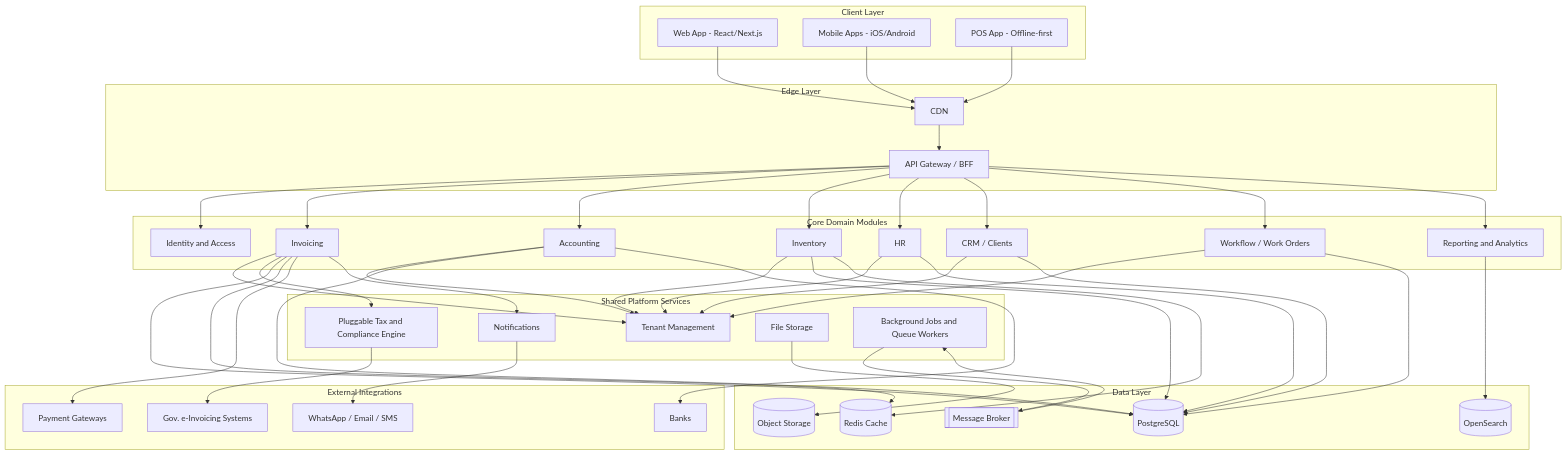
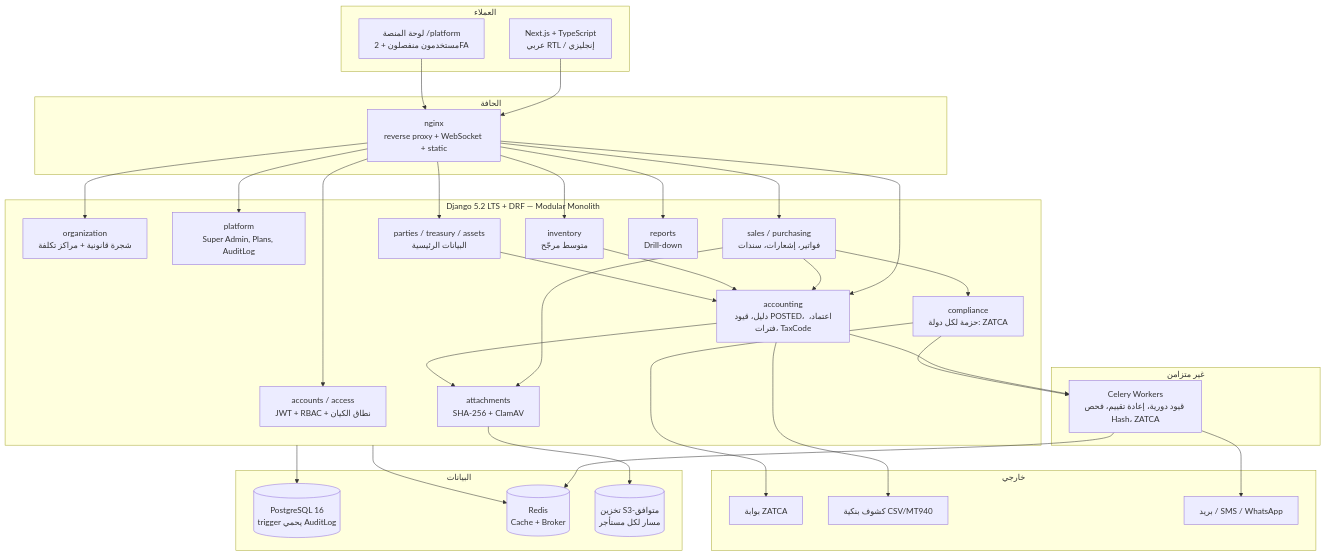
Before and after one commit to mateia924/CPS: the first of 2 diagrams in docs/CPS_Technical_Architecture_Study.md, drawn with Mermaid. The commit also changed other lines of this file, not shown here.

Commit message:
docs: architecture study v2.0

````diff
--- a/docs/CPS_Technical_Architecture_Study.md
+++ b/docs/CPS_Technical_Architecture_Study.md
@@ -139,84 +141,66 @@
 ```mermaid
 flowchart TB
-    subgraph Clients[Client Layer]
-        WEB[Web App - React/Next.js]
-        MOB[Mobile Apps - iOS/Android]
-        POS[POS App - Offline-first]
+    subgraph Clients[العملاء]
+        WEB[Next.js + TypeScript<br/>عربي RTL / إنجليزي]
+        ADMIN[لوحة المنصة /platform<br/>مستخدمون منفصلون + 2FA]
     end
 
-    subgraph Edge[Edge Layer]
-        CDN[CDN]
-        GW[API Gateway / BFF]
+    subgraph Edge[الحافة]
+        NGINX[nginx<br/>reverse proxy + WebSocket + static]
     end
 
-    subgraph Core[Core Domain Modules]
-        AUTH[Identity and Access]
-        INV[Invoicing]
-        ACC[Accounting]
-        STK[Inventory]
-        HR[HR]
-        CRM[CRM / Clients]
-        WF[Workflow / Work Orders]
-        RPT[Reporting and Analytics]
+    subgraph App[Django 5.2 LTS + DRF — Modular Monolith]
+        AUTH[accounts / access<br/>JWT + RBAC + نطاق الكيان]
+        ORG[organization<br/>شجرة قانونية + مراكز تكلفة]
+        PLAT[platform<br/>Super Admin, Plans, AuditLog]
+        MD[parties / treasury / assets<br/>البيانات الرئيسية]
+        ACC[accounting<br/>دليل، قيود POSTED، اعتماد، فترات، TaxCode]
+        DOCS[sales / purchasing<br/>فواتير، إشعارات، سندات]
+        INVT[inventory<br/>متوسط مرجّح]
+        RPT[reports<br/>Drill-down]
+        ATT[attachments<br/>SHA-256 + ClamAV]
+        TAX[compliance<br/>حزمة لكل دولة: ZATCA]
     end
 
-    subgraph Platform[Shared Platform Services]
-        TEN[Tenant Management]
-        TAX[Pluggable Tax and Compliance Engine]
-        NOTIF[Notifications]
-        FILES[File Storage]
-        JOBS[Background Jobs and Queue Workers]
+    subgraph Async[غير متزامن]
+        CELERY[Celery Workers<br/>قيود دورية، إعادة تقييم، فحص Hash، ZATCA]
     end
 
-    subgraph Data[Data Layer]
-        PG[(PostgreSQL)]
-        REDIS[(Redis Cache)]
-        ES[(OpenSearch)]
-        S3[(Object Storage)]
-        MQ[[Message Broker]]
+    subgraph Data[البيانات]
+        PG[(PostgreSQL 16<br/>trigger يحمي AuditLog)]
+        REDIS[(Redis<br/>Cache + Broker)]
+        S3[(تخزين S3-متوافق<br/>مسار لكل مستأجر)]
     end
 
-    subgraph Ext[External Integrations]
-        PAY[Payment Gateways]
-        EINV[Gov. e-Invoicing Systems]
-        BANK[Banks]
-        MSG[WhatsApp / Email / SMS]
+    subgraph Ext[خارجي]
+        ZATCA[بوابة ZATCA]
+        BANKS[كشوف بنكية CSV/MT940]
+        MAIL[بريد / SMS / WhatsApp]
     end
 
-    WEB --> CDN
-    MOB --> CDN
-    POS --> CDN
-    CDN --> GW
-    GW --> AUTH
-    GW --> INV
-    GW --> ACC
-    GW --> STK
-    GW --> HR
-    GW --> CRM
-    GW --> WF
-    GW --> RPT
-    INV --> TEN
-    ACC --> TEN
-    STK --> TEN
-    HR --> TEN
-    CRM --> TEN
-    WF --> TEN
-    INV --> TAX
-    TAX --> EINV
-    INV --> PG
-    ACC --> PG
-    STK --> PG
-    HR --> PG
-    CRM --> PG
-    WF --> PG
-    RPT --> ES
-    INV --> REDIS
-    STK --> REDIS
-    FILES --> S3
-    JOBS --> MQ
-    MQ --> JOBS
-    INV --> PAY
-    ACC --> BANK
-    NOTIF --> MSG
-    INV --> NOTIF
+    WEB --> NGINX
+    ADMIN --> NGINX
+    NGINX --> AUTH
+    NGINX --> ORG
+    NGINX --> PLAT
+    NGINX --> MD
+    NGINX --> ACC
+    NGINX --> DOCS
+    NGINX --> INVT
+    NGINX --> RPT
+    DOCS --> ACC
+    INVT --> ACC
+    MD --> ACC
+    DOCS --> TAX
+    TAX --> ZATCA
+    DOCS --> ATT
+    ACC --> ATT
+    ATT --> S3
+    ACC --> CELERY
+    TAX --> CELERY
+    CELERY --> REDIS
+    App --> PG
+    App --> REDIS
+    ACC --> BANKS
+    CELERY --> MAIL
 ```
````
